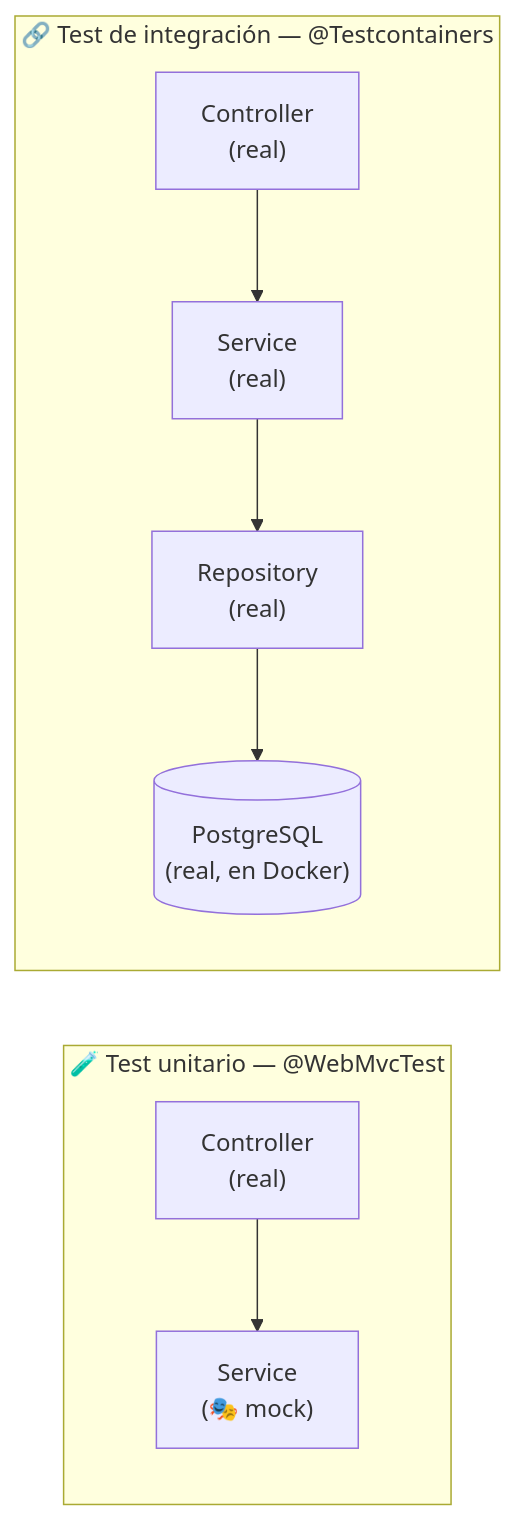
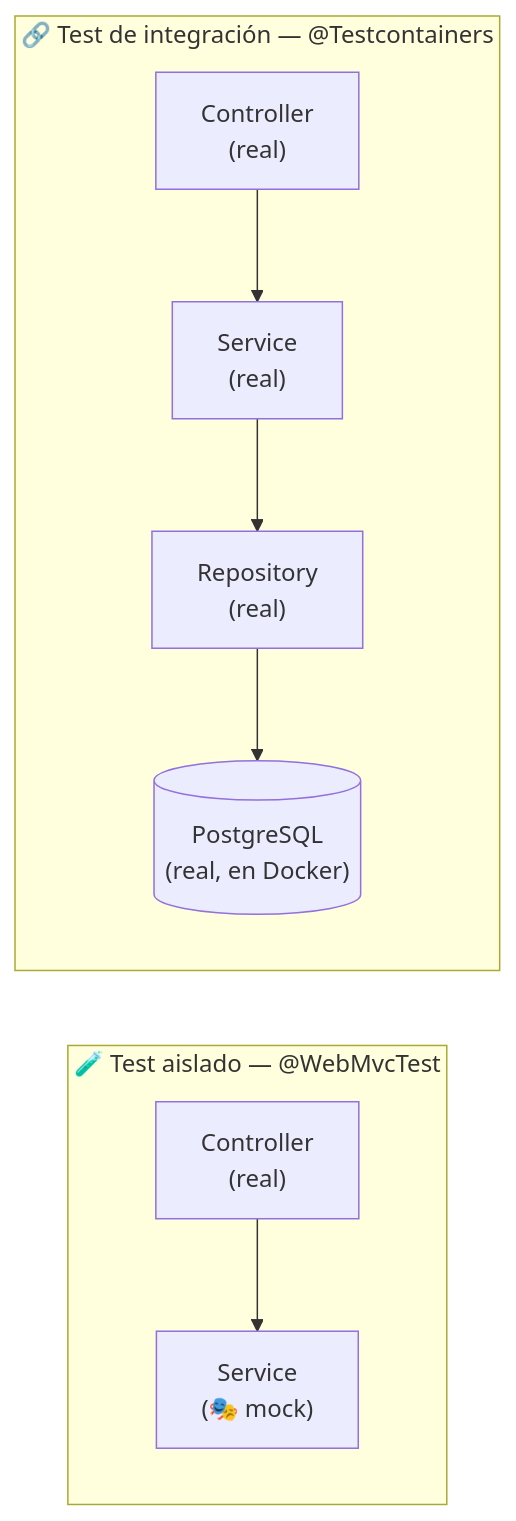
The first of 2 diagrams in docs/tema1/tests-mockmvc.md (aitorventura/programacion-servicios-procesos), drawn with Mermaid before and after one commit. The commit also changed other lines of this file and 3 other files, not shown here.

````diff
--- a/docs/tema1/tests-mockmvc.md
+++ b/docs/tema1/tests-mockmvc.md
@@ -74,9 +75,12 @@
 ```mermaid
 flowchart LR
-    subgraph U["🧪 Test unitario — @WebMvcTest"]
+    subgraph A["🧪 Test aislado — @WebMvcTest"]
         C1["Controller<br/>(real)"] --> S1["Service<br/>(🎭 mock)"]
     end
+
     subgraph I["🔗 Test de integración — @Testcontainers"]
-        C2["Controller<br/>(real)"] --> S2["Service<br/>(real)"] --> R2["Repository<br/>(real)"] --> DB[("PostgreSQL<br/>(real, en Docker)")]
+        C2["Controller<br/>(real)"] --> S2["Service<br/>(real)"]
+        S2 --> R2["Repository<br/>(real)"]
+        R2 --> DB[("PostgreSQL<br/>(real, en Docker)")]
     end
 ```
````
